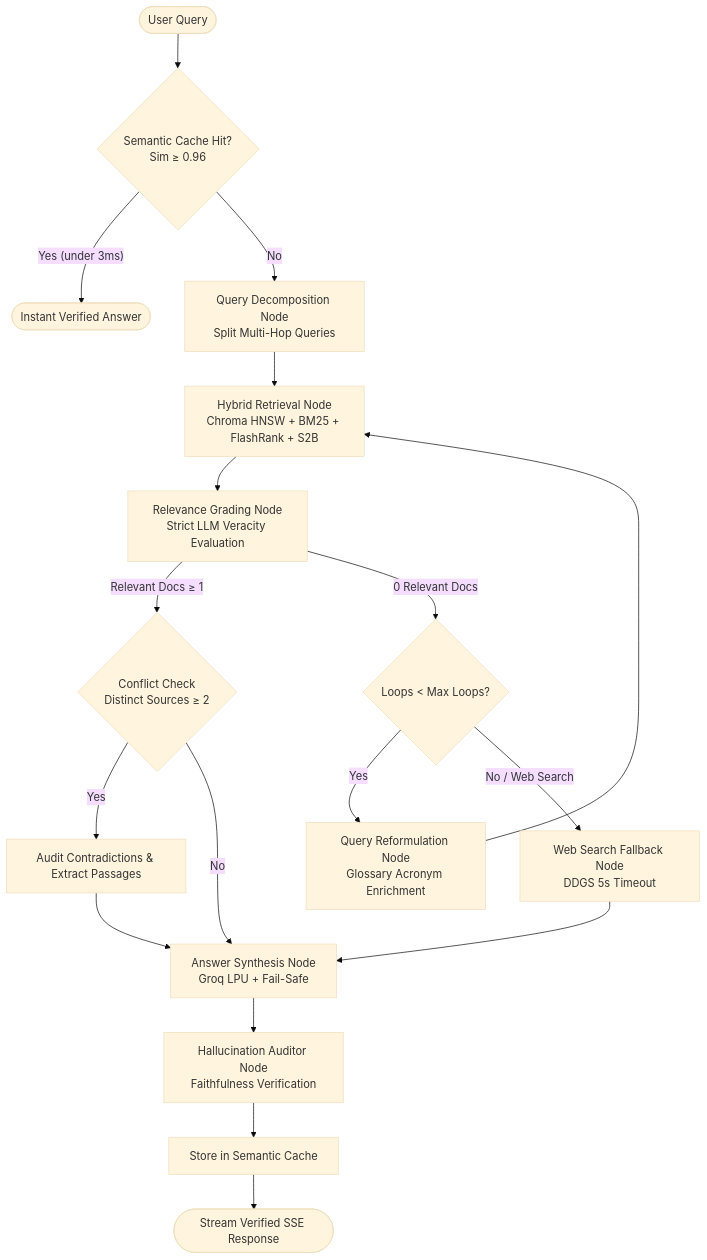
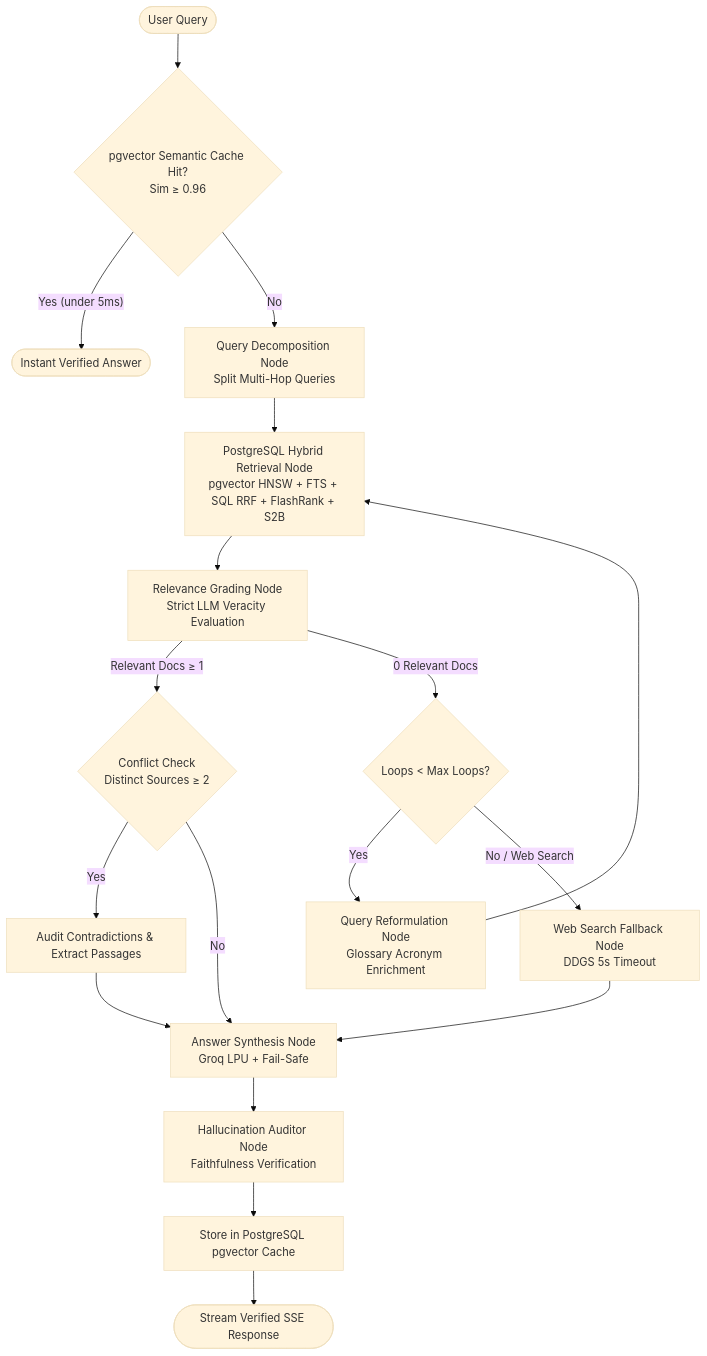
Before and after one commit to KARTHIKKJ369/Ridge: the diagram in README.md, drawn with Mermaid (base theme). The commit also changed other lines of this file and 52 other files, not shown here.

First line of the commit message:
feat: migrate system of record to PostgreSQL and pgvector

````diff
--- a/README.md
+++ b/README.md
@@ -107,24 +104,24 @@
 ```mermaid
 flowchart TD
-    Start(["User Query"]) --> CacheCheck{"Semantic Cache Hit?<br/>Sim ≥ 0.96"}
-    CacheCheck -->|"Yes (under 3ms)"| FastReturn(["Instant Verified Answer"])
+    Start(["User Query"]) --> CacheCheck{"pgvector Semantic Cache Hit?<br/>Sim ≥ 0.96"}
+    CacheCheck -->|"Yes (under 5ms)"| FastReturn(["Instant Verified Answer"])
     CacheCheck -->|No| Decompose["Query Decomposition Node<br/>Split Multi-Hop Queries"]
     
-    Decompose --> Retrieve["Hybrid Retrieval Node<br/>Chroma HNSW + BM25 + FlashRank + S2B"]
+    Decompose --> Retrieve["PostgreSQL Hybrid Retrieval Node<br/>pgvector HNSW + FTS + SQL RRF + FlashRank + S2B"]
     Retrieve --> Grade["Relevance Grading Node<br/>Strict LLM Veracity Evaluation"]
     
     Grade -->|"Relevant Docs ≥ 1"| ConflictAudit{"Conflict Check<br/>Distinct Sources ≥ 2"}
     ConflictAudit -->|Yes| FlagConflict["Audit Contradictions & Extract Passages"]
     ConflictAudit -->|No| Generate["Answer Synthesis Node<br/>Groq LPU + Fail-Safe"]
     FlagConflict --> Generate
     
     Grade -->|"0 Relevant Docs"| RouteCheck{"Loops < Max Loops?"}
     RouteCheck -->|Yes| Rewrite["Query Reformulation Node<br/>Glossary Acronym Enrichment"]
     Rewrite --> Retrieve
     RouteCheck -->|"No / Web Search"| WebSearch["Web Search Fallback Node<br/>DDGS 5s Timeout"]
     WebSearch --> Generate
     
     Generate --> HallucinationAudit["Hallucination Auditor Node<br/>Faithfulness Verification"]
-    HallucinationAudit --> CacheStore["Store in Semantic Cache"]
+    HallucinationAudit --> CacheStore["Store in PostgreSQL pgvector Cache"]
     CacheStore --> End(["Stream Verified SSE Response"])
 ```
````
